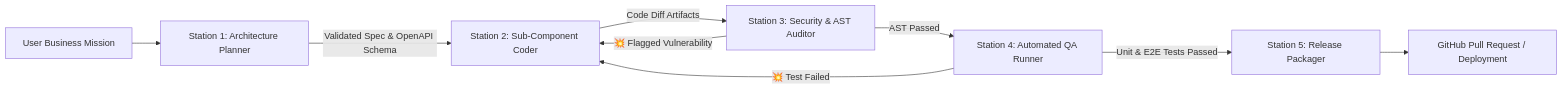
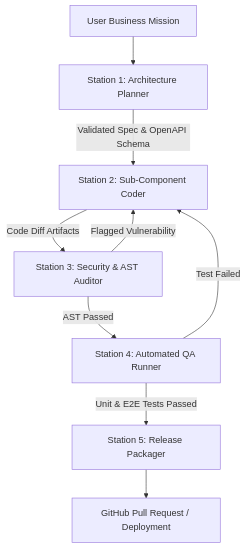
Before and after one commit to akmalkhaniub/akmalkhaniub.github.io: the second of 2 diagrams in blog/posts/assembly-line-revolution-software-agent-swarms-division-of-labor.md, drawn with Mermaid. The commit also changed other lines of this file and 411 other files, not shown here.

````diff
--- a/blog/posts/assembly-line-revolution-software-agent-swarms-division-of-labor.md
+++ b/blog/posts/assembly-line-revolution-software-agent-swarms-division-of-labor.md
@@ -53,14 +53,14 @@
 ```mermaid
-graph LR
+flowchart TD
   Mission[User Business Mission] --> Station1[Station 1: Architecture Planner]
   Station1 -->|Validated Spec & OpenAPI Schema| Station2[Station 2: Sub-Component Coder]
   Station2 -->|Code Diff Artifacts| Station3[Station 3: Security & AST Auditor]
   
   Station3 -->|AST Passed| Station4[Station 4: Automated QA Runner]
-  Station3 -->|💥 Flagged Vulnerability| Station2
+  Station3 -->|Flagged Vulnerability| Station2
   
   Station4 -->|Unit & E2E Tests Passed| Station5[Station 5: Release Packager]
-  Station4 -->|💥 Test Failed| Station2
+  Station4 -->|Test Failed| Station2
   
   Station5 --> PR[GitHub Pull Request / Deployment]
 ```
````
